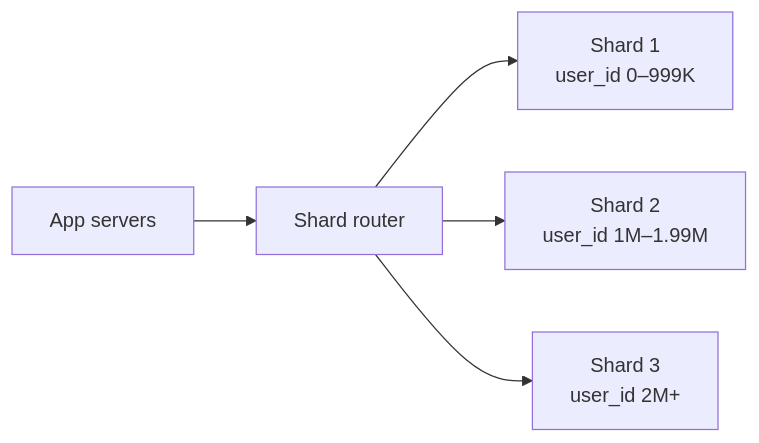
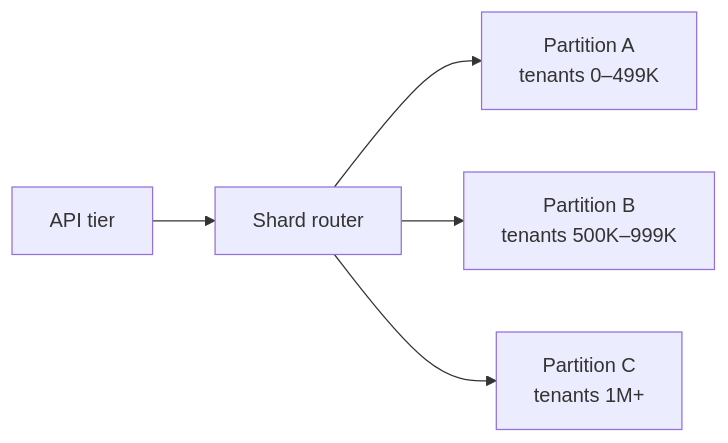
The third of 11 diagrams in _system_design/scalability.md (adnanrahin/adnanrahin.github.io), drawn with Mermaid before and after one commit. The commit also changed other lines of this file and 3 other files, not shown here.

````diff
--- a/_system_design/scalability.md
+++ b/_system_design/scalability.md
@@ -160,7 +147,7 @@
 ```mermaid
 flowchart LR
-    App[App servers] --> Router[Shard router]
-    Router --> S1["Shard 1<br/>user_id 0–999K"]
-    Router --> S2["Shard 2<br/>user_id 1M–1.99M"]
-    Router --> S3["Shard 3<br/>user_id 2M+"]
+    API[API tier] --> SR[Shard router]
+    SR --> P1["Partition A<br/>tenants 0–499K"]
+    SR --> P2["Partition B<br/>tenants 500K–999K"]
+    SR --> P3["Partition C<br/>tenants 1M+"]
 ```
````
